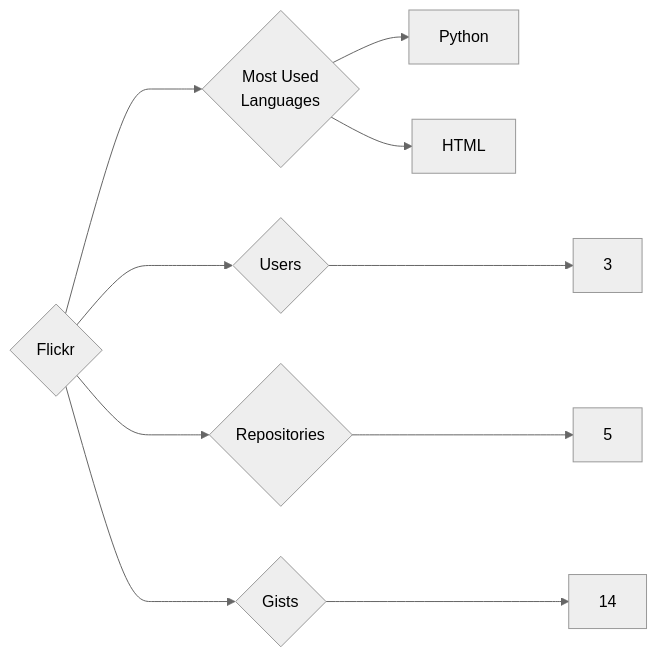
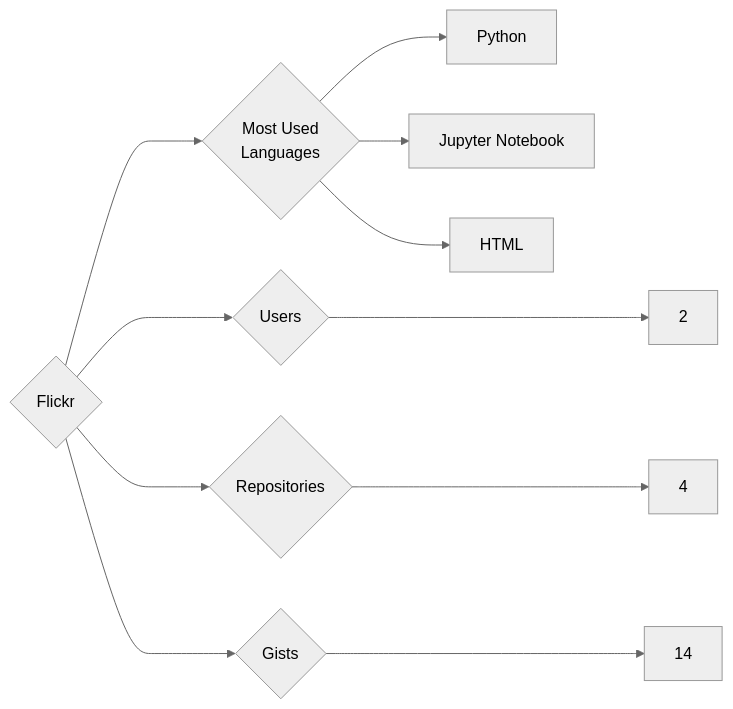
One commit to trickest/insiders changed the diagram in targets/Flickr/README.md. Above: the diagram before and after it, drawn with Mermaid (neutral theme). The commit also changed 1088 other files, not shown here.

````diff
--- a/targets/Flickr/README.md
+++ b/targets/Flickr/README.md
@@ -3,10 +3,11 @@
 ```mermaid
 graph LR
 COMPANY_NAME{Flickr}
-COMPANY_NAME ---> U{Users} ---> UN[3]
-COMPANY_NAME ---> R{Repositories} ---> RN[5]
+COMPANY_NAME ---> U{Users} ---> UN[2]
+COMPANY_NAME ---> R{Repositories} ---> RN[4]
 COMPANY_NAME ---> G{Gists} ---> GN[14]
 COMPANY_NAME ---> ML{Most Used<br>Languages}
 ML --> Python[Python]
+ML --> Jupyter_Notebook[Jupyter Notebook]
 ML --> HTML[HTML]
 ```
````
